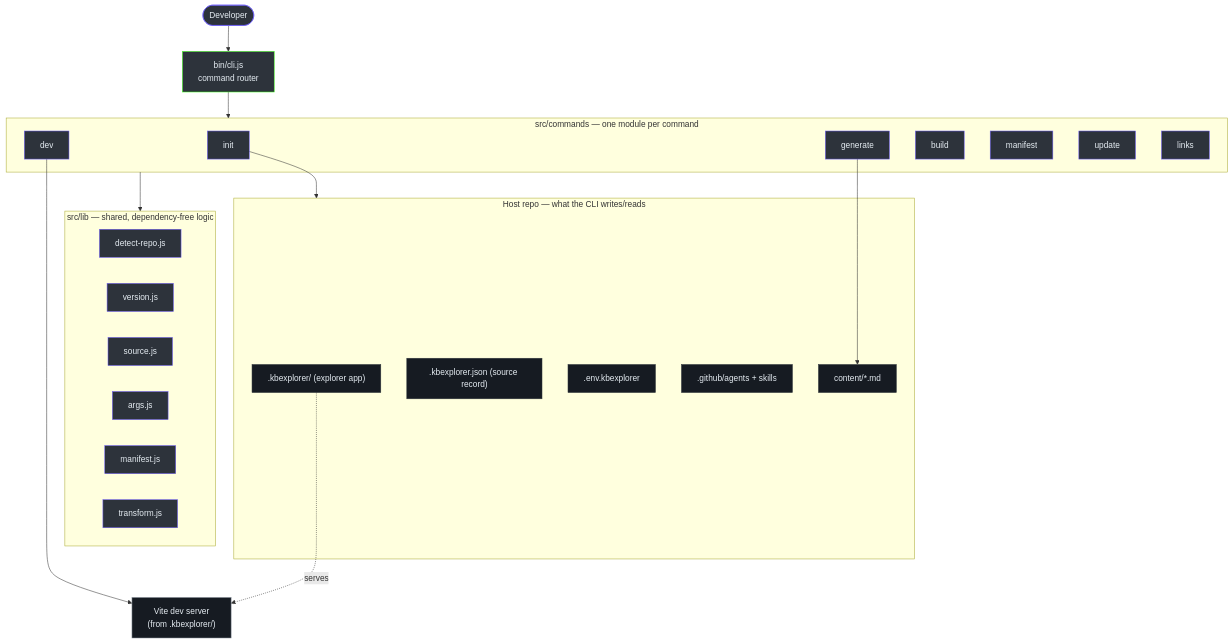
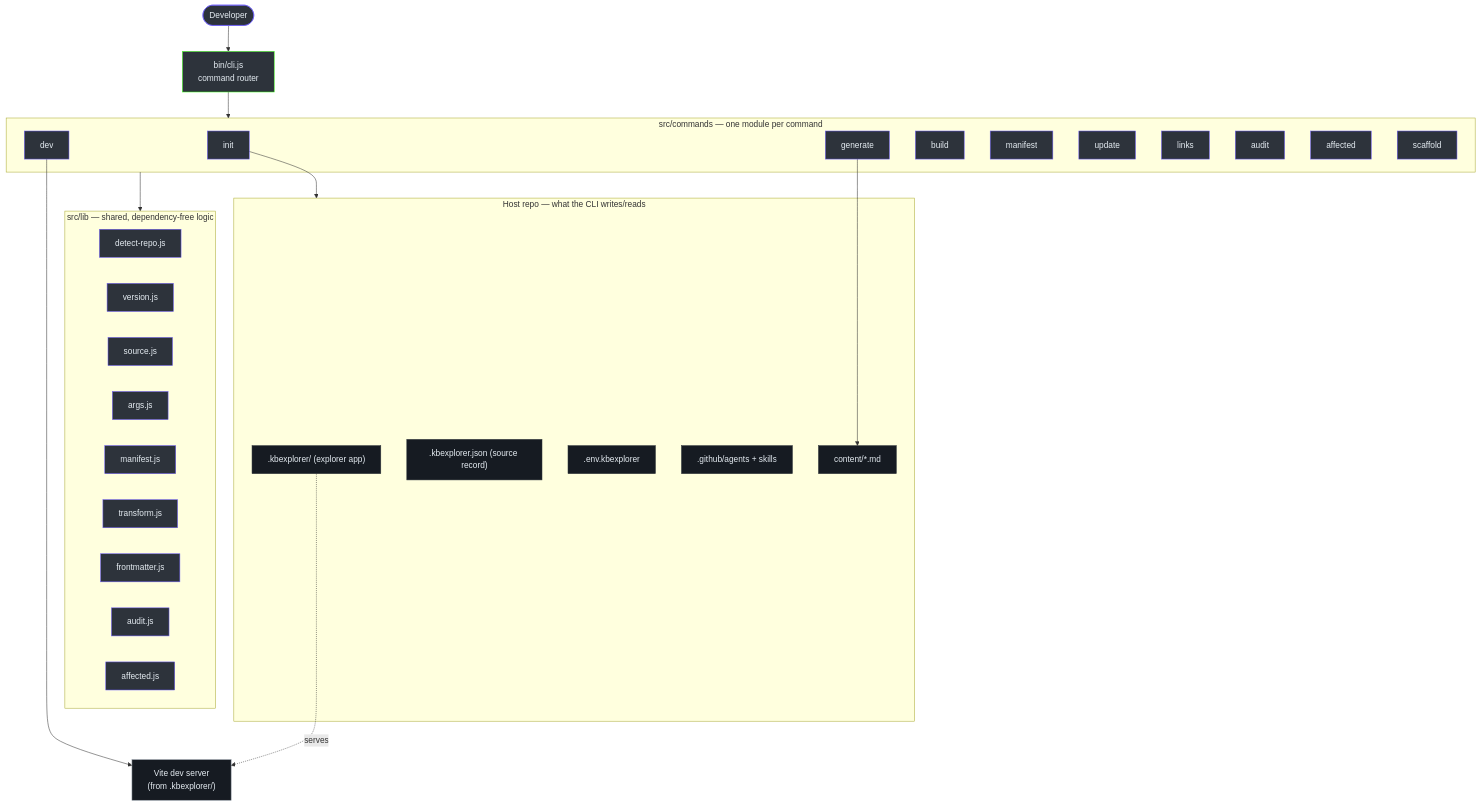
Before and after one commit to anokye-labs/kbexplorer-cli: the diagram in docs/onboarding/index.md, drawn with Mermaid. The commit also changed other lines of this file and 56 other files, not shown here.

````diff
--- a/docs/onboarding/index.md
+++ b/docs/onboarding/index.md
@@ -33,46 +33,52 @@
 ```mermaid
 graph TB
     user([Developer]):::actor --> cli["bin/cli.js<br>command router"]:::core
 
     subgraph cmds["src/commands — one module per command"]
         init["init"]:::node
         gen["generate"]:::node
         dev["dev"]:::node
         build["build"]:::node
         manifest["manifest"]:::node
         update["update"]:::node
         links["links"]:::node
+        audit["audit"]:::node
+        affected["affected"]:::node
+        scaffold["scaffold"]:::node
     end
 
     cli --> cmds
 
     subgraph lib["src/lib — shared, dependency-free logic"]
         detect["detect-repo.js"]:::node
         version["version.js"]:::node
         source["source.js"]:::node
         args["args.js"]:::node
         mlib["manifest.js"]:::node
         transform["transform.js"]:::node
+        frontmatter["frontmatter.js"]:::node
+        auditlib["audit.js"]:::node
+        affectedlib["affected.js"]:::node
     end
 
     cmds --> lib
 
     subgraph host["Host repo — what the CLI writes/reads"]
         kbdir[".kbexplorer/ (explorer app)"]:::store
         rec[".kbexplorer.json (source record)"]:::store
         env[".env.kbexplorer"]:::store
         gh[".github/agents + skills"]:::store
         content["content/*.md"]:::store
     end
 
     init --> host
     gen --> content
     dev --> viteapp["Vite dev server<br>(from .kbexplorer/)"]:::ext
     kbdir -. serves .-> viteapp
 
     classDef actor fill:#2d333b,stroke:#6d5dfc,color:#e6edf3
     classDef core fill:#2d333b,stroke:#39FF14,color:#e6edf3
     classDef node fill:#2d333b,stroke:#6d5dfc,color:#e6edf3
     classDef store fill:#161b22,stroke:#30363d,color:#e6edf3
     classDef ext fill:#161b22,stroke:#8b949e,color:#e6edf3
 ```
````
